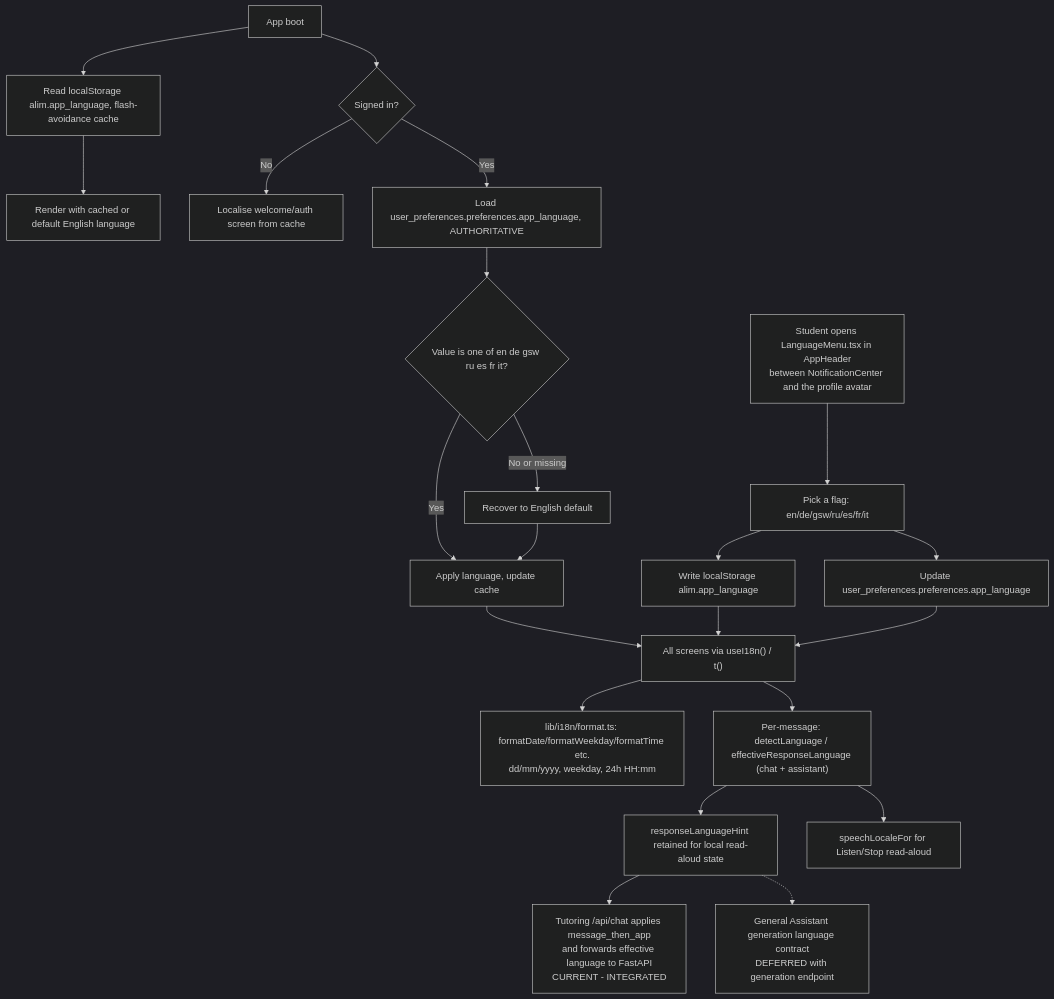
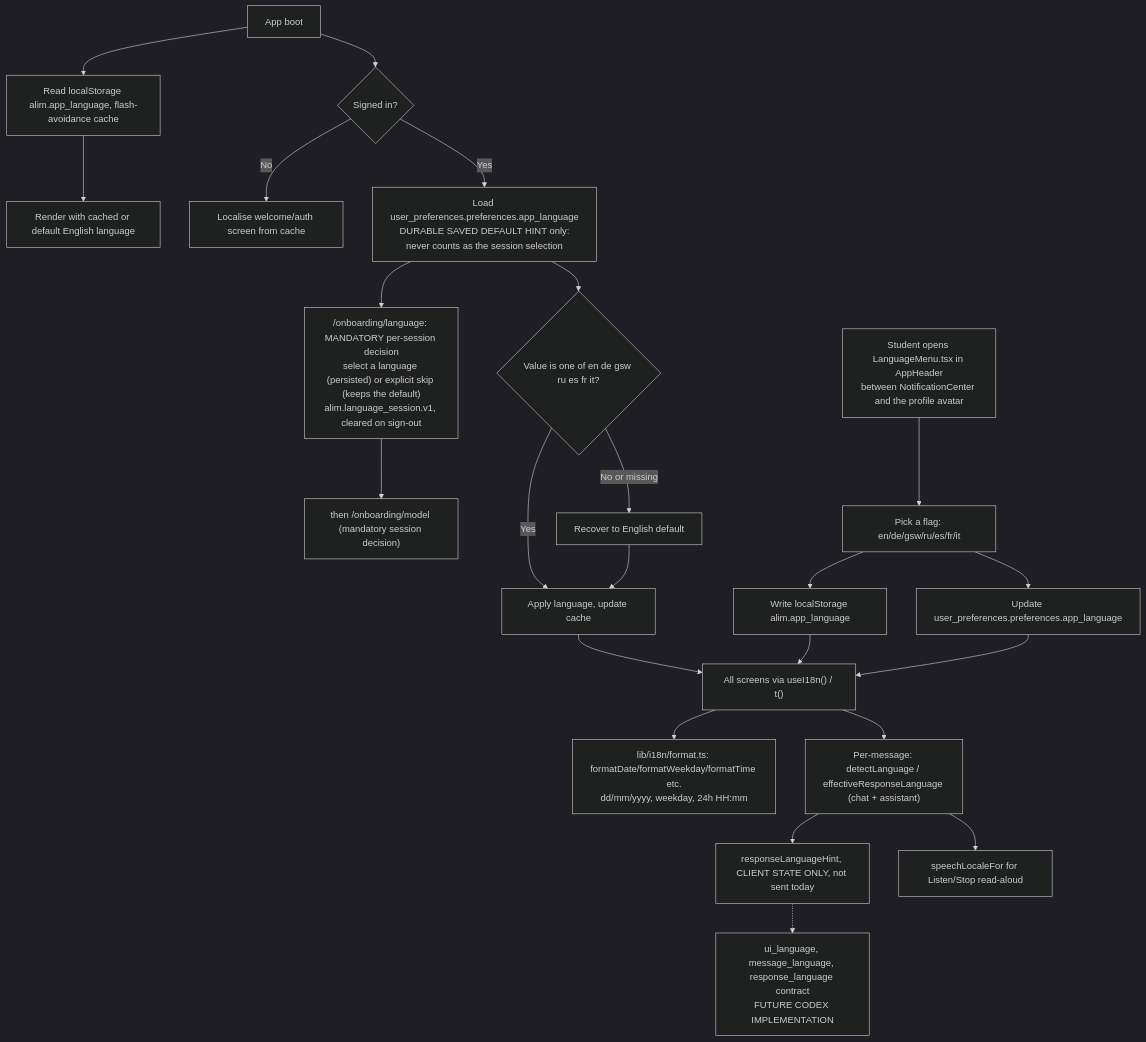
The diagram in lovabledocs/wireframes/18-i18n-language.mmd (keyshavmor/study-swiss-star), drawn with Mermaid (dark theme) before and after one commit. The commit also changed 231 other files, not shown here.

```diff
--- a/lovabledocs/wireframes/18-i18n-language.mmd
+++ b/lovabledocs/wireframes/18-i18n-language.mmd
@@ -1,23 +1,27 @@
 %% Seven-language i18n flow: languages.ts, detect.ts, format.ts, provider.ts.
 flowchart TD
   Boot["App boot"] --> Cache["Read localStorage alim.app_language, flash-avoidance cache"]
   Cache --> Render["Render with cached or default English language"]
   Boot --> AuthCheck{"Signed in?"}
   AuthCheck -->|No| WelcomeLocal["Localise welcome/auth screen from cache"]
-  AuthCheck -->|Yes| Load["Load user_preferences.preferences.app_language, AUTHORITATIVE"]
+  AuthCheck -->|Yes| Load["Load user_preferences.preferences.app_language<br/>DURABLE SAVED DEFAULT HINT only:<br/>never counts as the session selection"]
+  Load --> Decide["/onboarding/language: MANDATORY per-session decision<br/>select a language (persisted) or explicit skip (keeps the default)<br/>alim.language_session.v1, cleared on sign-out"]
+  Decide --> NextGate["then /onboarding/model (mandatory session decision)"]
   Load --> Valid{"Value is one of en de gsw ru es fr it?"}
   Valid -->|Yes| Apply["Apply language, update cache"]
   Valid -->|No or missing| English["Recover to English default"]
   English --> Apply
   Apply --> UI["All screens via useI18n() / t()"]
   Change["Student opens LanguageMenu.tsx in AppHeader<br/>between NotificationCenter and the profile avatar"] --> Pick["Pick a flag: en/de/gsw/ru/es/fr/it"]
   Pick --> WriteCache["Write localStorage alim.app_language"]
   Pick --> WriteDB["Update user_preferences.preferences.app_language"]
   WriteCache --> UI
   WriteDB --> UI
   UI --> Format["lib/i18n/format.ts: formatDate/formatWeekday/formatTime etc.<br/>dd/mm/yyyy, weekday, 24h HH:mm"]
   UI --> Detect["Per-message: detectLanguage / effectiveResponseLanguage (chat + assistant)"]
-  Detect --> Hint["responseLanguageHint retained for local read-aloud state"]
+  Detect --> Hint["responseLanguageHint, CLIENT STATE ONLY, not sent today"]
   Detect --> SpeechLocale["speechLocaleFor for Listen/Stop read-aloud"]
-  Hint --> ChatContract["Tutoring /api/chat applies message_then_app<br/>and forwards effective language to FastAPI<br/>CURRENT - INTEGRATED"]
-  Hint -.-> AssistantContract["General Assistant generation language contract<br/>DEFERRED with generation endpoint"]
+  Hint -.-> FutureContract["ui_language, message_language, response_language contract<br/>FUTURE CODEX IMPLEMENTATION"]
+%% CURRENT (2026-09-17): language_onboarding_completed is LEGACY metadata; the
+%% language screen appears once per browser session and is the first gate after
+%% compliance. Canonical: docs/sequences/LANGUAGE_ONBOARDING.mmd
```
